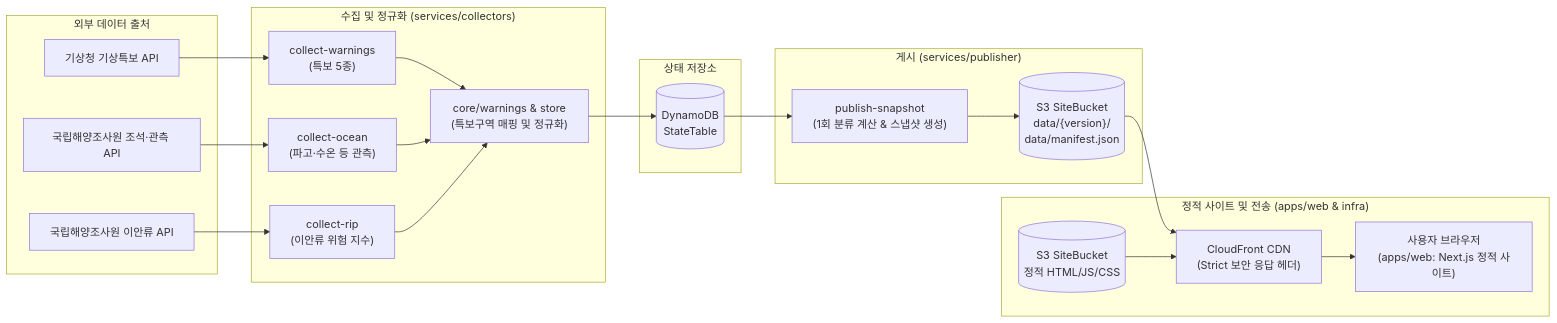
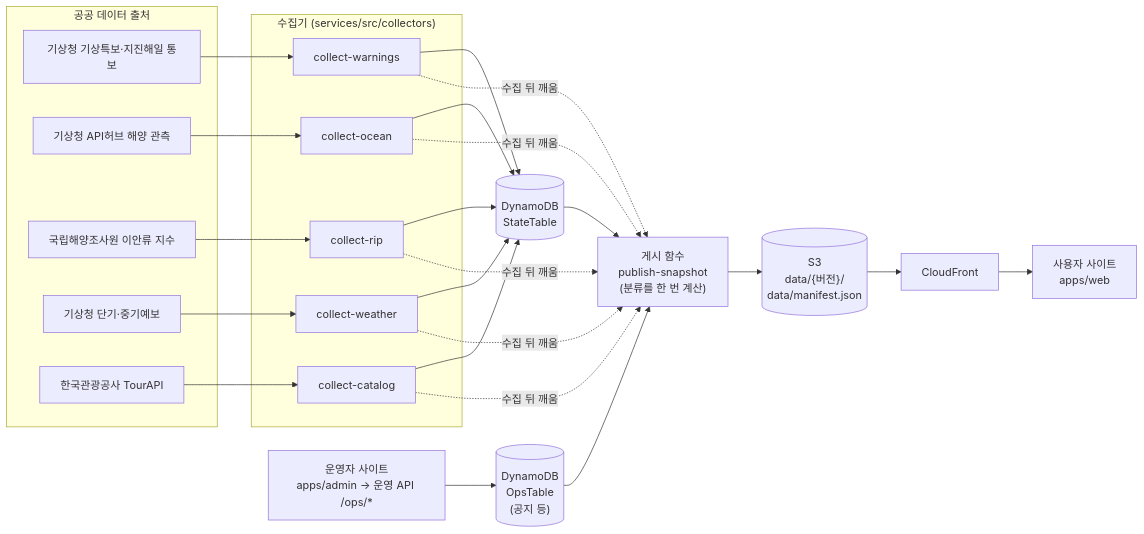
The diagram in README.md (404soonotfound/baradun_v2), drawn with Mermaid before and after one commit. The commit also changed other lines of this file, not shown here.

````diff
--- a/README.md
+++ b/README.md
@@ -11,41 +64,39 @@
 ```mermaid
 flowchart LR
-    subgraph Sources["외부 데이터 출처"]
-        KMA["기상청 기상특보 API"]
-        KHOA_OBS["국립해양조사원 조석·관측 API"]
-        KHOA_RIP["국립해양조사원 이안류 API"]
+    subgraph Sources["공공 데이터 출처"]
+        KMA_W["기상청 기상특보·지진해일 통보"]
+        KMA_O["기상청 API허브 해양 관측"]
+        KHOA["국립해양조사원 이안류 지수"]
+        KMA_F["기상청 단기·중기예보"]
+        TOUR["한국관광공사 TourAPI"]
     end
 
-    subgraph Collection["수집 및 정규화 (services/collectors)"]
-        CW["collect-warnings<br/>(특보 5종)"]
-        CO["collect-ocean<br/>(파고·수온 등 관측)"]
-        CR["collect-rip<br/>(이안류 위험 지수)"]
-        NORM["core/warnings & store<br/>(특보구역 매핑 및 정규화)"]
+    subgraph Collect["수집기 (services/src/collectors)"]
+        CW["collect-warnings"]
+        CO["collect-ocean"]
+        CR["collect-rip"]
+        CF["collect-weather"]
+        CC["collect-catalog"]
     end
 
-    subgraph Storage["상태 저장소"]
-        StateDB[("DynamoDB<br/>StateTable")]
-    end
+    State[("DynamoDB<br/>StateTable")]
+    Ops[("DynamoDB<br/>OpsTable<br/>(공지 등)")]
 
-    subgraph Publishing["게시 (services/publisher)"]
-        PUB["publish-snapshot<br/>(1회 분류 계산 & 스냅샷 생성)"]
-        S3Data[("S3 SiteBucket<br/>data/{version}/<br/>data/manifest.json")]
-    end
+    PUB["게시 함수<br/>publish-snapshot<br/>(분류를 한 번 계산)"]
+    Data[("S3<br/>data/{버전}/<br/>data/manifest.json")]
+    CDN["CloudFront"]
+    Web["사용자 사이트<br/>apps/web"]
+    Admin["운영자 사이트<br/>apps/admin → 운영 API /ops/*"]
 
-    subgraph Serving["정적 사이트 및 전송 (apps/web & infra)"]
-        S3Site[("S3 SiteBucket<br/>정적 HTML/JS/CSS")]
-        CF["CloudFront CDN<br/>(Strict 보안 응답 헤더)"]
-        Client["사용자 브라우저<br/>(apps/web: Next.js 정적 사이트)"]
-    end
-
-    KMA --> CW
-    KHOA_OBS --> CO
-    KHOA_RIP --> CR
-    CW & CO & CR --> NORM
-    NORM --> StateDB
-    StateDB --> PUB
-    PUB --> S3Data
-    S3Data --> CF
-    S3Site --> CF
-    CF --> Client
+    KMA_W --> CW
+    KMA_O --> CO
+    KHOA --> CR
+    KMA_F --> CF
+    TOUR --> CC
+    CW & CO & CR & CF & CC --> State
+    CW & CO & CR & CF & CC -. 수집 뒤 깨움 .-> PUB
+    State --> PUB
+    Ops --> PUB
+    PUB --> Data --> CDN --> Web
+    Admin --> Ops
 ```
````
